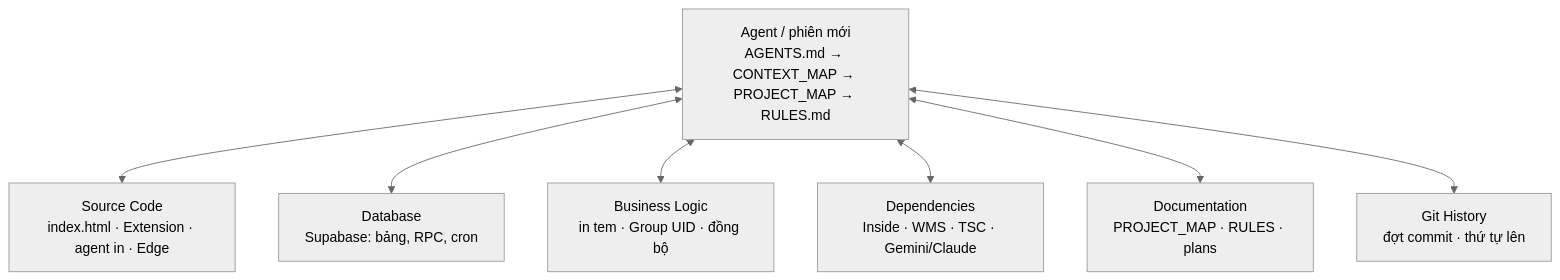
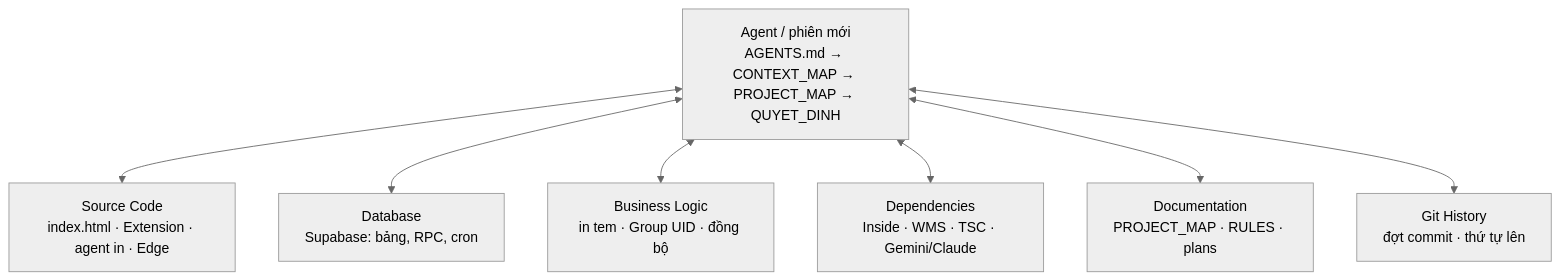
Before and after one commit to MCuongLe/Print_SKU: the diagram in docs/CONTEXT_MAP.md, drawn with Mermaid (neutral theme). The commit also changed other lines of this file and 19 other files, not shown here.

First line of the commit message:
Chuan hoa tai lieu dot 3: docs/QUYET_DINH.md tach khoi RULES.md

````diff
--- a/docs/CONTEXT_MAP.md
+++ b/docs/CONTEXT_MAP.md
@@ -11,10 +11,10 @@
 ```mermaid
 flowchart TB
-  A["Agent / phiên mới<br/>AGENTS.md → CONTEXT_MAP → PROJECT_MAP → RULES.md"]
+  A["Agent / phiên mới<br/>AGENTS.md → CONTEXT_MAP → PROJECT_MAP → QUYET_DINH"]
   A <--> S["Source Code<br/>index.html · Extension · agent in · Edge"]
   A <--> D["Database<br/>Supabase: bảng, RPC, cron"]
   A <--> B["Business Logic<br/>in tem · Group UID · đồng bộ"]
   A <--> P["Dependencies<br/>Inside · WMS · TSC · Gemini/Claude"]
   A <--> C["Documentation<br/>PROJECT_MAP · RULES · plans"]
   A <--> G["Git History<br/>đợt commit · thứ tự lên"]
 ```
````
